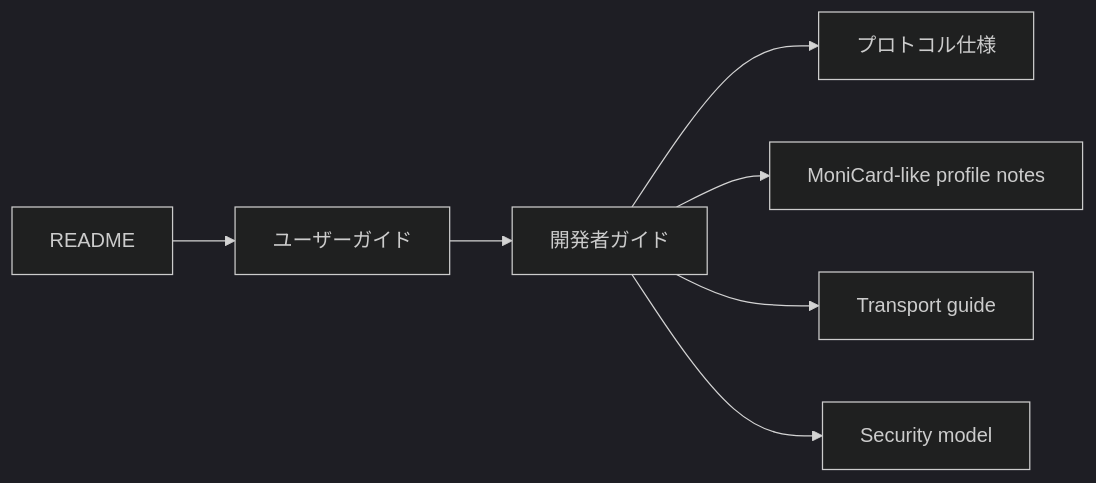
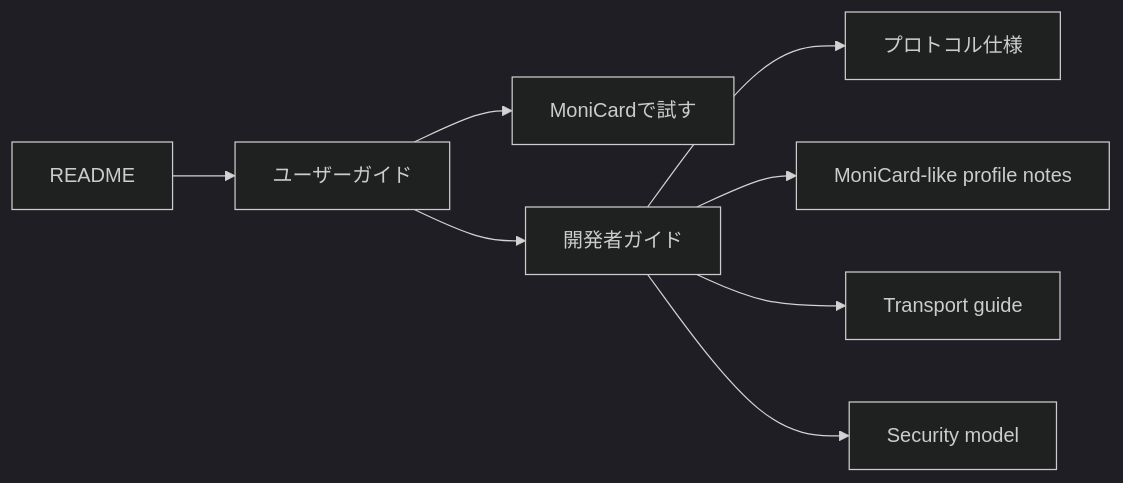
One commit to Azsoft-jp/MCard-StarterKit changed the second of 3 diagrams in docs-ja/README.md. Above: the diagram before and after it, drawn with Mermaid (dark theme). The commit also changed other lines of this file and 2 other files, not shown here.

````diff
--- a/docs-ja/README.md
+++ b/docs-ja/README.md
@@ -29,9 +66,10 @@
 ```mermaid
 flowchart LR
   R[README] --> U[ユーザーガイド]
+  U --> H[MoniCardで試す]
   U --> D[開発者ガイド]
   D --> P[プロトコル仕様]
   D --> M[MoniCard-like profile notes]
   D --> T[Transport guide]
   D --> S[Security model]
 ```
````
